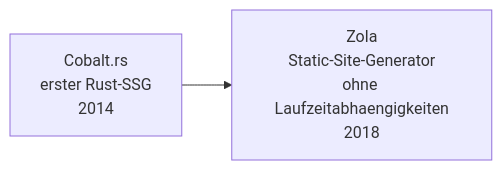
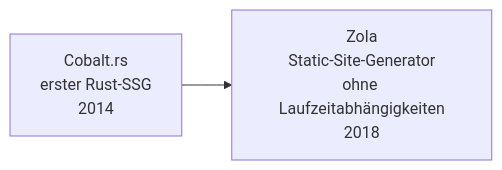
The diagram in docs/wissen/dokumentation/evolution-digitaler-rust-cms.md (thorstenkloehn/dokument), drawn with Mermaid before and after one commit. The commit also changed other lines of this file and 3 other files, not shown here.

````diff
--- a/docs/wissen/dokumentation/evolution-digitaler-rust-cms.md
+++ b/docs/wissen/dokumentation/evolution-digitaler-rust-cms.md
@@ -14,4 +14,4 @@
 ```mermaid
 graph LR
-    A["Cobalt.rs<br/>erster Rust-SSG<br/>2014"] --> B["Zola<br/>Static-Site-Generator<br/>ohne Laufzeitabhaengigkeiten<br/>2018"]
+    A["Cobalt.rs<br/>erster Rust-SSG<br/>2014"] --> B["Zola<br/>Static-Site-Generator<br/>ohne Laufzeitabhängigkeiten<br/>2018"]
 ```
````
